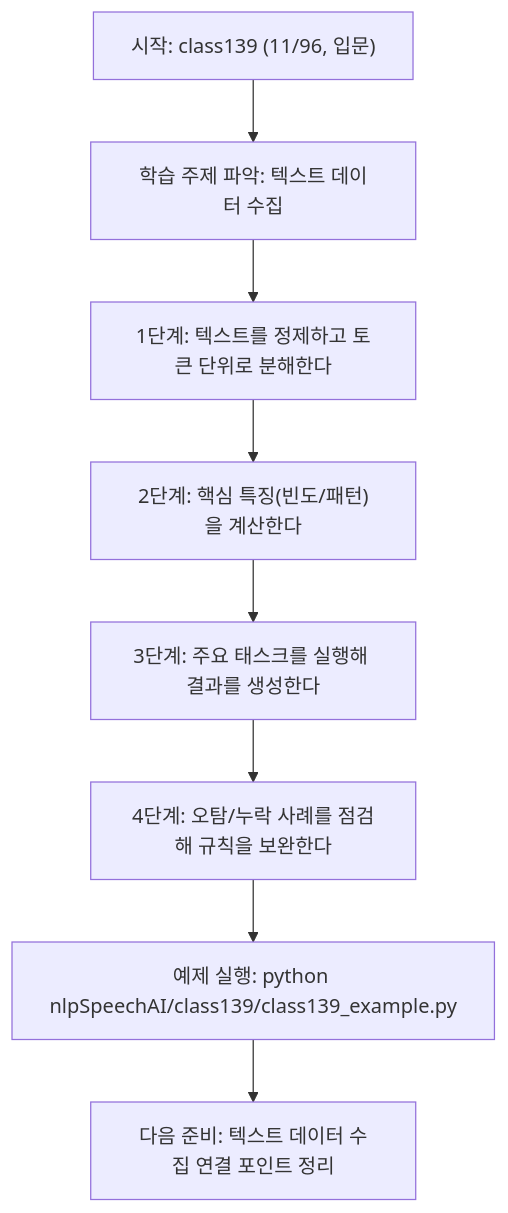
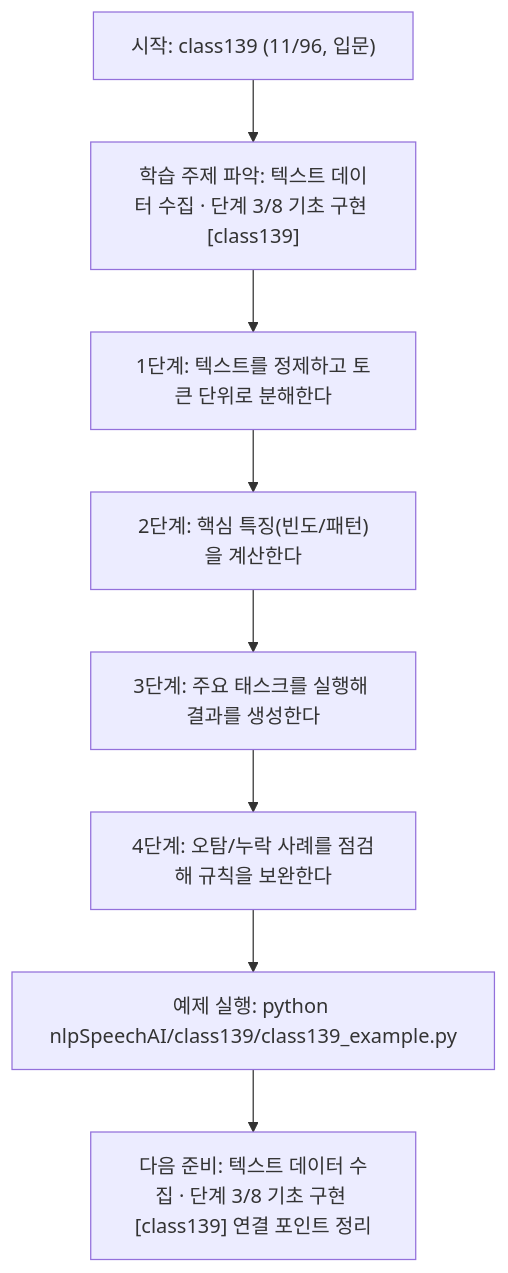
The diagram in nlpSpeechAI/class139/class139.md (edumgt/Python-AI_Agent-Class), drawn with Mermaid before and after one commit. The commit also changed other lines of this file and 522 other files, not shown here.

````diff
--- a/nlpSpeechAI/class139/class139.md
+++ b/nlpSpeechAI/class139/class139.md
@@ -113,18 +114,18 @@
 ```mermaid
 flowchart TD
 N1["시작: class139 (11/96, 입문)"]
-N2["학습 주제 파악: 텍스트 데이터 수집"]
+N2["학습 주제 파악: 텍스트 데이터 수집 · 단계 3/8 기초 구현 [class139]"]
 N3["1단계: 텍스트를 정제하고 토큰 단위로 분해한다"]
 N4["2단계: 핵심 특징(빈도/패턴)을 계산한다"]
 N5["3단계: 주요 태스크를 실행해 결과를 생성한다"]
 N6["4단계: 오탐/누락 사례를 점검해 규칙을 보완한다"]
 N7["예제 실행: python nlpSpeechAI/class139/class139_example.py"]
-N8["다음 준비: 텍스트 데이터 수집 연결 포인트 정리"]
+N8["다음 준비: 텍스트 데이터 수집 · 단계 3/8 기초 구현 [class139] 연결 포인트 정리"]
 N1 --> N2
 N2 --> N3
 N3 --> N4
 N4 --> N5
 N5 --> N6
 N6 --> N7
 N7 --> N8
 ```
````
